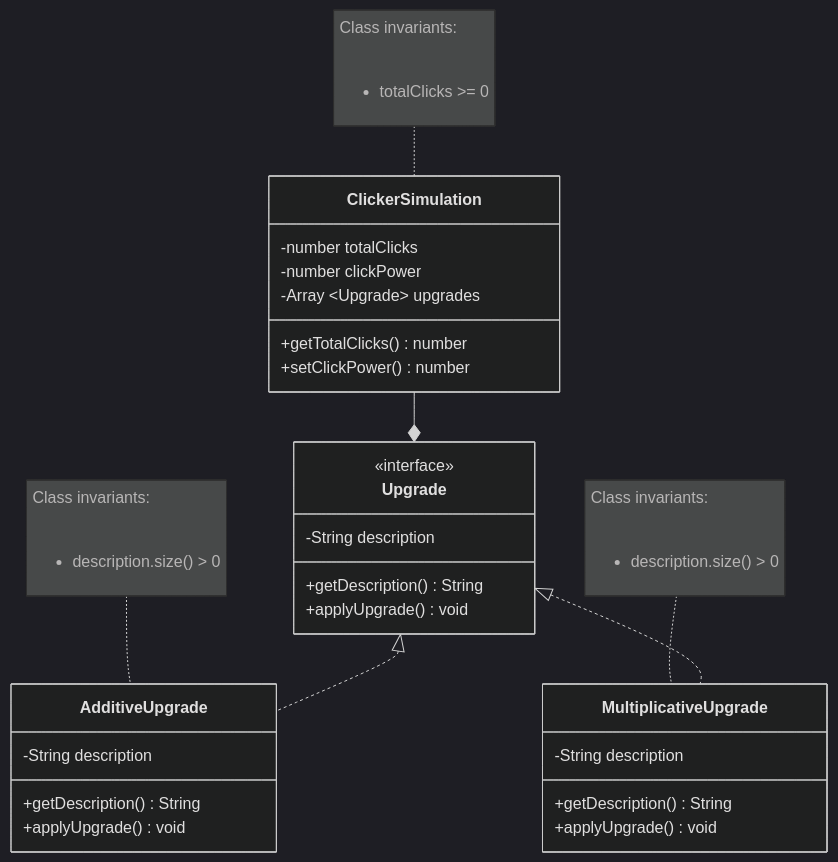
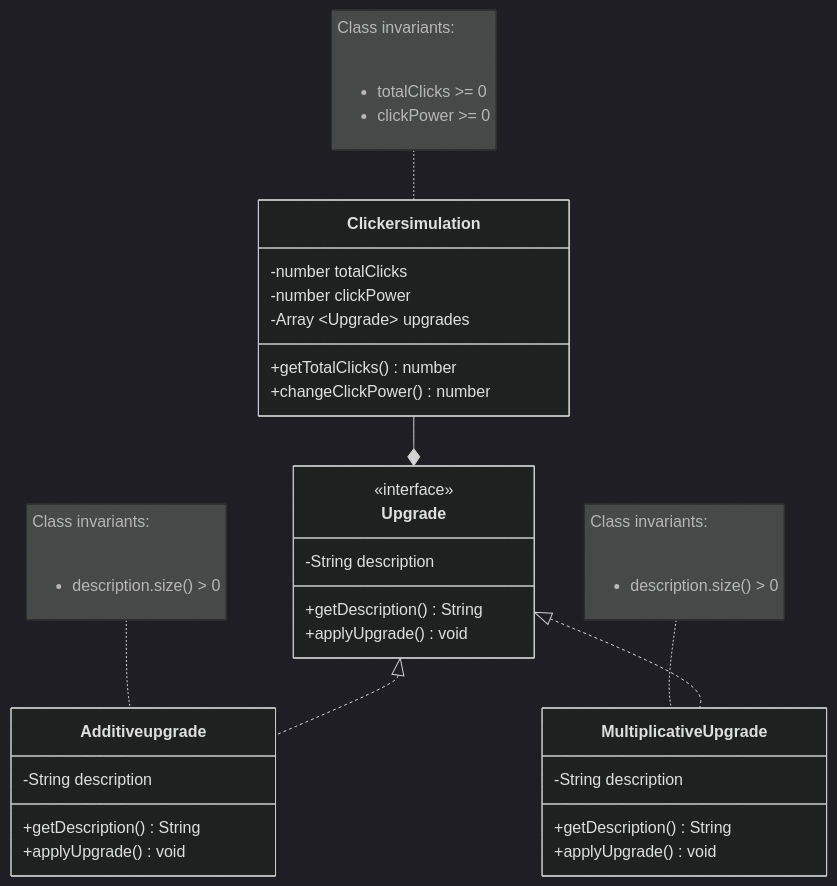
Before and after one commit to tsuki0272/Clicker_Project: the diagram in domain.md, drawn with Mermaid (dark theme). The commit also changed 10 other files, not shown here.

First line of the commit message:
Implement clicker simulation domain and UI integration

````diff
--- a/domain.md
+++ b/domain.md
@@ -9,53 +9,54 @@
 ```mermaid
 classDiagram
-    class ClickerSimulation {
+    class Clickersimulation {
         -number totalClicks
         -number clickPower
         -Array ~Upgrade~ upgrades
         
         +getTotalClicks() number
-        +setClickPower() number
+        +changeClickPower() number
     }
 
-    ClickerSimulation --* Upgrade
+    Clickersimulation --* Upgrade
     
     class Upgrade {
         <<interface>>
         -String description
         
         +getDescription() String
         +applyUpgrade() void
     }
     
-    Upgrade <|.. AdditiveUpgrade
+    Upgrade <|.. Additiveupgrade
     Upgrade <|.. MultiplicativeUpgrade
     
-    class AdditiveUpgrade {
+    class Additiveupgrade {
         -String description
 
         +getDescription() String
         +applyUpgrade() void
     }
 
     class MultiplicativeUpgrade {
         -String description
 
         +getDescription() String
         +applyUpgrade() void
     }
 
-    note for ClickerSimulation "Class invariants:  
+    note for Clickersimulation "Class invariants:  
     <ul>
         <li> totalClicks >= 0
+        <li> clickPower >= 0
     </ul>"
         
-    note for AdditiveUpgrade "Class invariants: 
+    note for Additiveupgrade "Class invariants: 
     <ul>
         <li> description.size() > 0
     </ul>"
 
     note for MultiplicativeUpgrade "Class invariants: 
     <ul>
         <li> description.size() > 0
     </ul>"
 ```
````
